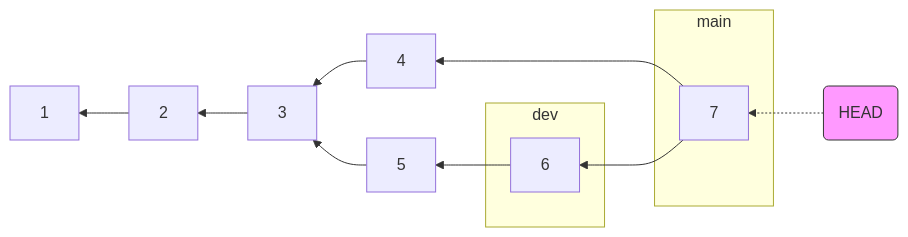
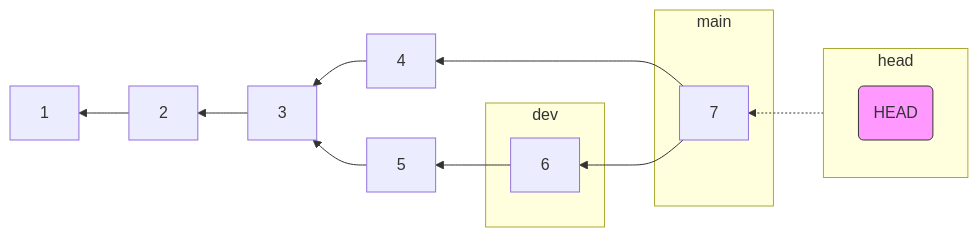
The sixth of 6 diagrams in README.md (ualjjcanada/ejemplosMermade), drawn with Mermaid before and after one commit.

````diff
--- a/README.md
+++ b/README.md
@@ -67,19 +67,22 @@
 ```mermaid
     flowchart RL;
     2-->1;
     3-->2;
     4-->3;
     5-->3;
     6-->5;
     7-->6;
     7-->4;
     subgraph main
     7
     end;
     subgraph dev
     6
     end;
-    id1(HEAD) -.-> 7
-    style id1 fill:#f9f,stroke:#333,stroke-width:1px
+    subgraph head
+      direction TB
+      id1(HEAD) -.-> 7
+      style id1 fill:#f9f,stroke:#333,stroke-width:1px
+    end;
     
 ```
````
